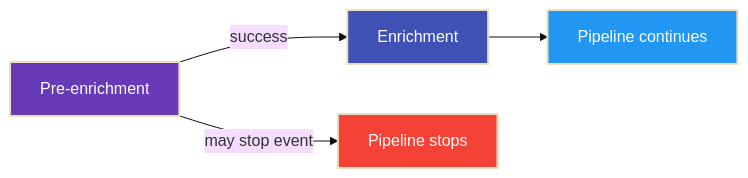
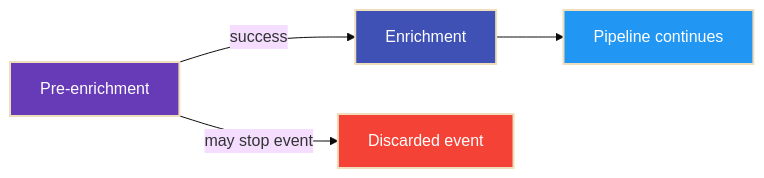
One commit to wazuh/wazuh changed diagram 12 of 19 in docs/ref/modules/engine/README.md. Above: the diagram before and after it, drawn with Mermaid (base theme). The commit also changed other lines of this file, not shown here.

````diff
--- a/docs/ref/modules/engine/README.md
+++ b/docs/ref/modules/engine/README.md
@@ -774,17 +776,17 @@
 ```mermaid
 flowchart LR
 
 classDef pre fill:#673ab7,stroke-width:2px,color:#fff
 classDef enr fill:#3f51b5,stroke-width:2px,color:#fff
 classDef stop fill:#f44336,stroke-width:2px,color:#fff
 classDef next fill:#2196f3,stroke-width:2px,color:#fff
 
 pre["Pre-enrichment"]:::pre
 enr["Enrichment"]:::enr
-stop["Pipeline stops"]:::stop
+stop["Discarded event"]:::stop
 next["Pipeline continues"]:::next
 
 pre -->|may stop event| stop
 pre -->|success| enr
 enr --> next
 ```
````
